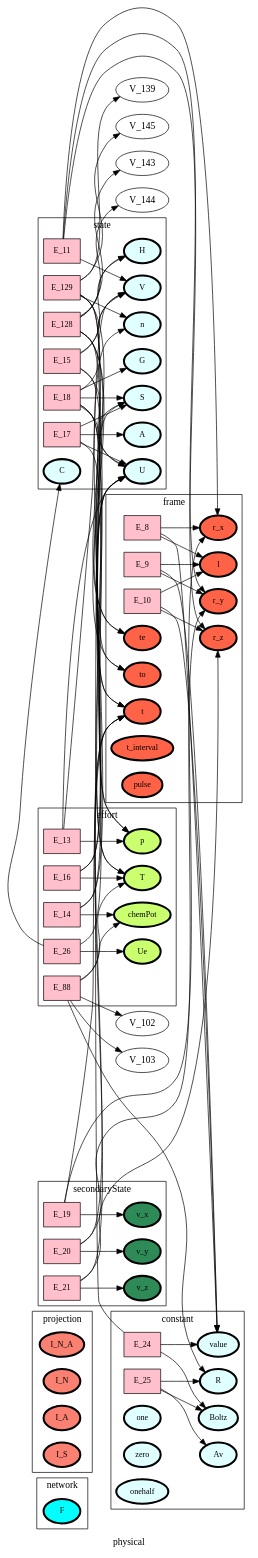
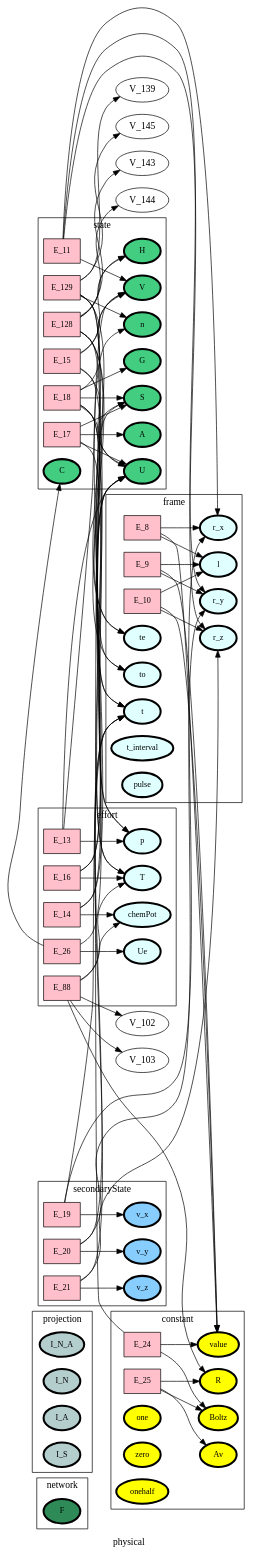
Before and after one commit to heinz-preisig/sandbox21: the diagram in ontology_graphs/graph__physical.dot, drawn with Graphviz. The commit also changed 456 other files, not shown here.

```diff
--- a/ontology_graphs/graph__physical.dot
+++ b/ontology_graphs/graph__physical.dot
@@ -1,180 +1,180 @@
 digraph physical {
 label=physical;
 rankdir=LR;
 subgraph cluster_physical___network {
 label=network;
 rankdir=LR;
-V_10 [fillcolor=cyan, fontsize=12, label=F, penwidth=3, style=filled];
+V_10 [fillcolor=seagreen4, fontsize=12, label=F, penwidth=3, style=filled];
 }
 
 subgraph cluster_physical___projection {
 label=projection;
 rankdir=LR;
-V_48 [fillcolor=salmon, fontsize=12, label=I_N_A, penwidth=3, style=filled];
-V_96 [fillcolor=salmon, fontsize=12, label=I_N, penwidth=3, style=filled];
-V_97 [fillcolor=salmon, fontsize=12, label=I_A, penwidth=3, style=filled];
-V_98 [fillcolor=salmon, fontsize=12, label=I_S, penwidth=3, style=filled];
+V_48 [fillcolor=lightcyan3, fontsize=12, label=I_N_A, penwidth=3, style=filled];
+V_96 [fillcolor=lightcyan3, fontsize=12, label=I_N, penwidth=3, style=filled];
+V_97 [fillcolor=lightcyan3, fontsize=12, label=I_A, penwidth=3, style=filled];
+V_98 [fillcolor=lightcyan3, fontsize=12, label=I_S, penwidth=3, style=filled];
 }
 
 subgraph cluster_physical___differenceOperator {
 label=differenceOperator;
 rankdir=LR;
 }
 
 E_8 -> V_1  [splines=ortho];
 E_8 -> V_11  [splines=ortho];
 E_9 -> V_1  [splines=ortho];
 E_9 -> V_11  [splines=ortho];
 E_10 -> V_1  [splines=ortho];
 E_10 -> V_11  [splines=ortho];
 subgraph cluster_physical___frame {
 label=frame;
 rankdir=LR;
-V_11 [fillcolor=tomato, fontsize=12, label=l, penwidth=3, style=filled];
-V_12 [fillcolor=tomato, fontsize=12, label=r_x, penwidth=3, style=filled];
-V_13 [fillcolor=tomato, fontsize=12, label=r_y, penwidth=3, style=filled];
-V_14 [fillcolor=tomato, fontsize=12, label=r_z, penwidth=3, style=filled];
-V_4 [fillcolor=tomato, fontsize=12, label=t, penwidth=3, style=filled];
-V_5 [fillcolor=tomato, fontsize=12, label=to, penwidth=3, style=filled];
-V_6 [fillcolor=tomato, fontsize=12, label=te, penwidth=3, style=filled];
-V_7 [fillcolor=tomato, fontsize=12, label=t_interval, penwidth=3, style=filled];
-V_9 [fillcolor=tomato, fontsize=12, label=pulse, penwidth=3, style=filled];
+V_11 [fillcolor=lightcyan1, fontsize=12, label=l, penwidth=3, style=filled];
+V_12 [fillcolor=lightcyan1, fontsize=12, label=r_x, penwidth=3, style=filled];
+V_13 [fillcolor=lightcyan1, fontsize=12, label=r_y, penwidth=3, style=filled];
+V_14 [fillcolor=lightcyan1, fontsize=12, label=r_z, penwidth=3, style=filled];
+V_4 [fillcolor=lightcyan1, fontsize=12, label=t, penwidth=3, style=filled];
+V_5 [fillcolor=lightcyan1, fontsize=12, label=to, penwidth=3, style=filled];
+V_6 [fillcolor=lightcyan1, fontsize=12, label=te, penwidth=3, style=filled];
+V_7 [fillcolor=lightcyan1, fontsize=12, label=t_interval, penwidth=3, style=filled];
+V_9 [fillcolor=lightcyan1, fontsize=12, label=pulse, penwidth=3, style=filled];
 E_8 [fillcolor=pink, fontsize=12, shape=box, style=filled];
 E_8 -> V_12  [splines=ortho];
 E_9 [fillcolor=pink, fontsize=12, shape=box, style=filled];
 E_9 -> V_13  [splines=ortho];
 E_10 [fillcolor=pink, fontsize=12, shape=box, style=filled];
 E_10 -> V_14  [splines=ortho];
 }
 
 E_11 -> V_12  [splines=ortho];
 E_11 -> V_13  [splines=ortho];
 E_11 -> V_14  [splines=ortho];
 E_129 -> V_139  [splines=ortho];
 E_129 -> V_145  [splines=ortho];
 E_129 -> V_4  [splines=ortho];
 E_129 -> V_5  [splines=ortho];
 E_129 -> V_6  [splines=ortho];
 E_15 -> V_15  [splines=ortho];
 E_15 -> V_16  [splines=ortho];
 E_15 -> V_20  [splines=ortho];
 E_128 -> V_143  [splines=ortho];
 E_128 -> V_144  [splines=ortho];
 E_128 -> V_4  [splines=ortho];
 E_128 -> V_5  [splines=ortho];
 E_128 -> V_6  [splines=ortho];
 E_17 -> V_16  [splines=ortho];
 E_17 -> V_17  [splines=ortho];
 E_17 -> V_19  [splines=ortho];
 E_18 -> V_15  [splines=ortho];
 E_18 -> V_16  [splines=ortho];
 E_18 -> V_17  [splines=ortho];
 E_18 -> V_19  [splines=ortho];
 E_18 -> V_20  [splines=ortho];
 subgraph cluster_physical___state {
 label=state;
 rankdir=LR;
-V_15 [fillcolor=lightcyan1, fontsize=12, label=V, penwidth=3, style=filled];
-V_16 [fillcolor=lightcyan1, fontsize=12, label=U, penwidth=3, style=filled];
-V_17 [fillcolor=lightcyan1, fontsize=12, label=S, penwidth=3, style=filled];
-V_18 [fillcolor=lightcyan1, fontsize=12, label=n, penwidth=3, style=filled];
-V_22 [fillcolor=lightcyan1, fontsize=12, label=H, penwidth=3, style=filled];
-V_23 [fillcolor=lightcyan1, fontsize=12, label=A, penwidth=3, style=filled];
-V_24 [fillcolor=lightcyan1, fontsize=12, label=G, penwidth=3, style=filled];
-V_25 [fillcolor=lightcyan1, fontsize=12, label=C, penwidth=3, style=filled];
+V_15 [fillcolor=seagreen3, fontsize=12, label=V, penwidth=3, style=filled];
+V_16 [fillcolor=seagreen3, fontsize=12, label=U, penwidth=3, style=filled];
+V_17 [fillcolor=seagreen3, fontsize=12, label=S, penwidth=3, style=filled];
+V_18 [fillcolor=seagreen3, fontsize=12, label=n, penwidth=3, style=filled];
+V_22 [fillcolor=seagreen3, fontsize=12, label=H, penwidth=3, style=filled];
+V_23 [fillcolor=seagreen3, fontsize=12, label=A, penwidth=3, style=filled];
+V_24 [fillcolor=seagreen3, fontsize=12, label=G, penwidth=3, style=filled];
+V_25 [fillcolor=seagreen3, fontsize=12, label=C, penwidth=3, style=filled];
 E_11 [fillcolor=pink, fontsize=12, shape=box, style=filled];
 E_11 -> V_15  [splines=ortho];
 E_129 [fillcolor=pink, fontsize=12, shape=box, style=filled];
 E_129 -> V_18  [splines=ortho];
 E_15 [fillcolor=pink, fontsize=12, shape=box, style=filled];
 E_15 -> V_22  [splines=ortho];
 E_128 [fillcolor=pink, fontsize=12, shape=box, style=filled];
 E_128 -> V_22  [splines=ortho];
 E_17 [fillcolor=pink, fontsize=12, shape=box, style=filled];
 E_17 -> V_23  [splines=ortho];
 E_18 [fillcolor=pink, fontsize=12, shape=box, style=filled];
 E_18 -> V_24  [splines=ortho];
 }
 
 E_24 -> V_1  [splines=ortho];
 E_24 -> V_17  [splines=ortho];
 E_25 -> V_32  [splines=ortho];
 E_25 -> V_33  [splines=ortho];
 subgraph cluster_physical___constant {
 label=constant;
 rankdir=LR;
-V_1 [fillcolor=lightcyan, fontsize=12, label=value, penwidth=3, style=filled];
-V_2 [fillcolor=lightcyan, fontsize=12, label=one, penwidth=3, style=filled];
-V_3 [fillcolor=lightcyan, fontsize=12, label=zero, penwidth=3, style=filled];
-V_32 [fillcolor=lightcyan, fontsize=12, label=Av, penwidth=3, style=filled];
-V_33 [fillcolor=lightcyan, fontsize=12, label=Boltz, penwidth=3, style=filled];
-V_34 [fillcolor=lightcyan, fontsize=12, label=R, penwidth=3, style=filled];
-V_8 [fillcolor=lightcyan, fontsize=12, label=onehalf, penwidth=3, style=filled];
+V_1 [fillcolor=yellow, fontsize=12, label=value, penwidth=3, style=filled];
+V_2 [fillcolor=yellow, fontsize=12, label=one, penwidth=3, style=filled];
+V_3 [fillcolor=yellow, fontsize=12, label=zero, penwidth=3, style=filled];
+V_32 [fillcolor=yellow, fontsize=12, label=Av, penwidth=3, style=filled];
+V_33 [fillcolor=yellow, fontsize=12, label=Boltz, penwidth=3, style=filled];
+V_34 [fillcolor=yellow, fontsize=12, label=R, penwidth=3, style=filled];
+V_8 [fillcolor=yellow, fontsize=12, label=onehalf, penwidth=3, style=filled];
 E_24 [fillcolor=pink, fontsize=12, shape=box, style=filled];
 E_24 -> V_33  [splines=ortho];
 E_25 [fillcolor=pink, fontsize=12, shape=box, style=filled];
 E_25 -> V_34  [splines=ortho];
 }
 
 E_16 -> V_16  [splines=ortho];
 E_16 -> V_17  [splines=ortho];
 E_13 -> V_15  [splines=ortho];
 E_13 -> V_16  [splines=ortho];
 E_14 -> V_16  [splines=ortho];
 E_14 -> V_18  [splines=ortho];
 E_88 -> V_102  [splines=ortho];
 E_88 -> V_103  [splines=ortho];
 E_88 -> V_19  [splines=ortho];
 E_88 -> V_34  [splines=ortho];
 E_26 -> V_16  [splines=ortho];
 E_26 -> V_25  [splines=ortho];
 subgraph cluster_physical___effort {
 label=effort;
 rankdir=LR;
-V_19 [fillcolor=darkolivegreen1, fontsize=12, label=T, penwidth=3, style=filled];
-V_20 [fillcolor=darkolivegreen1, fontsize=12, label=p, penwidth=3, style=filled];
-V_21 [fillcolor=darkolivegreen1, fontsize=12, label=chemPot, penwidth=3, style=filled];
-V_35 [fillcolor=darkolivegreen1, fontsize=12, label=Ue, penwidth=3, style=filled];
+V_19 [fillcolor=lightcyan, fontsize=12, label=T, penwidth=3, style=filled];
+V_20 [fillcolor=lightcyan, fontsize=12, label=p, penwidth=3, style=filled];
+V_21 [fillcolor=lightcyan, fontsize=12, label=chemPot, penwidth=3, style=filled];
+V_35 [fillcolor=lightcyan, fontsize=12, label=Ue, penwidth=3, style=filled];
 E_16 [fillcolor=pink, fontsize=12, shape=box, style=filled];
 E_16 -> V_19  [splines=ortho];
 E_13 [fillcolor=pink, fontsize=12, shape=box, style=filled];
 E_13 -> V_20  [splines=ortho];
 E_14 [fillcolor=pink, fontsize=12, shape=box, style=filled];
 E_14 -> V_21  [splines=ortho];
 E_88 [fillcolor=pink, fontsize=12, shape=box, style=filled];
 E_88 -> V_21  [splines=ortho];
 E_26 [fillcolor=pink, fontsize=12, shape=box, style=filled];
 E_26 -> V_35  [splines=ortho];
 }
 
 E_19 -> V_12  [splines=ortho];
 E_19 -> V_4  [splines=ortho];
 E_20 -> V_13  [splines=ortho];
 E_20 -> V_4  [splines=ortho];
 E_21 -> V_14  [splines=ortho];
 E_21 -> V_4  [splines=ortho];
 subgraph cluster_physical___secondaryState {
 label=secondaryState;
 rankdir=LR;
-V_27 [fillcolor=seagreen, fontsize=12, label=v_x, penwidth=3, style=filled];
-V_28 [fillcolor=seagreen, fontsize=12, label=v_y, penwidth=3, style=filled];
-V_29 [fillcolor=seagreen, fontsize=12, label=v_z, penwidth=3, style=filled];
+V_27 [fillcolor=skyblue1, fontsize=12, label=v_x, penwidth=3, style=filled];
+V_28 [fillcolor=skyblue1, fontsize=12, label=v_y, penwidth=3, style=filled];
+V_29 [fillcolor=skyblue1, fontsize=12, label=v_z, penwidth=3, style=filled];
 E_19 [fillcolor=pink, fontsize=12, shape=box, style=filled];
 E_19 -> V_27  [splines=ortho];
 E_20 [fillcolor=pink, fontsize=12, shape=box, style=filled];
 E_20 -> V_28  [splines=ortho];
 E_21 [fillcolor=pink, fontsize=12, shape=box, style=filled];
 E_21 -> V_29  [splines=ortho];
 }
 
 subgraph cluster_physical___diffState {
 label=diffState;
 rankdir=LR;
 }
 
 subgraph cluster_physical___conversion {
 label=conversion;
 rankdir=LR;
 }
 
 }
```
